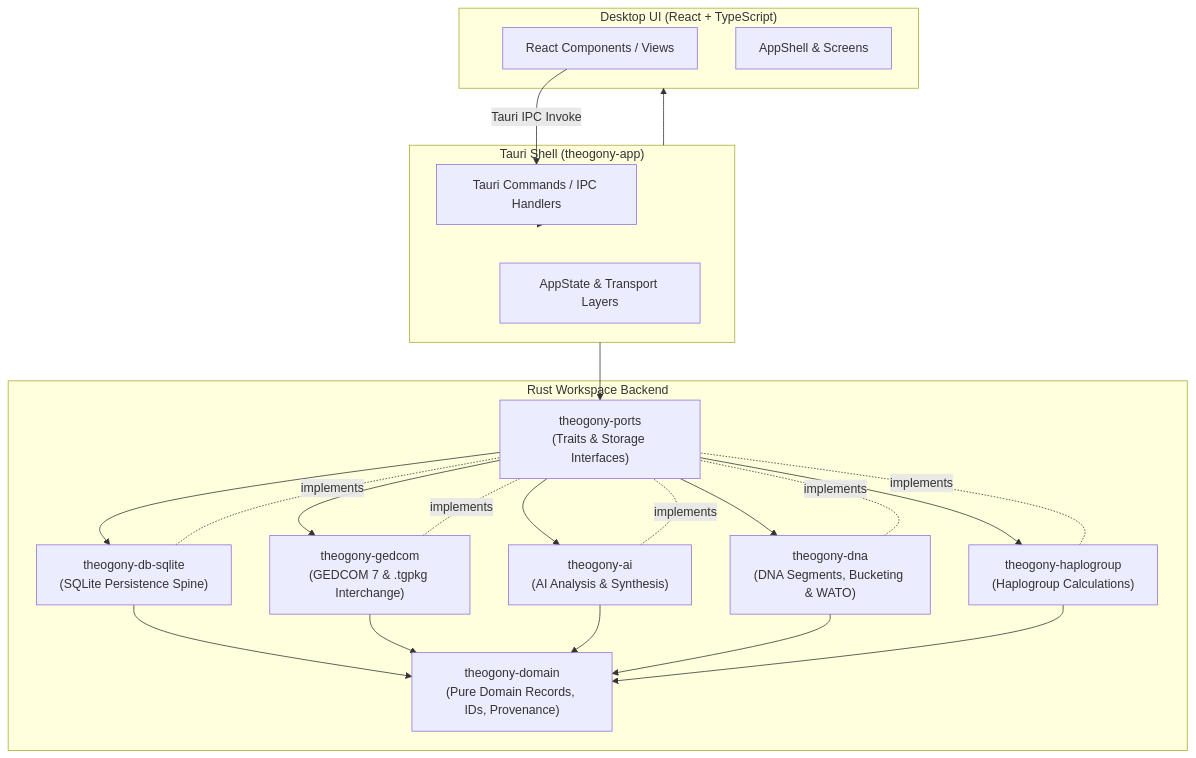
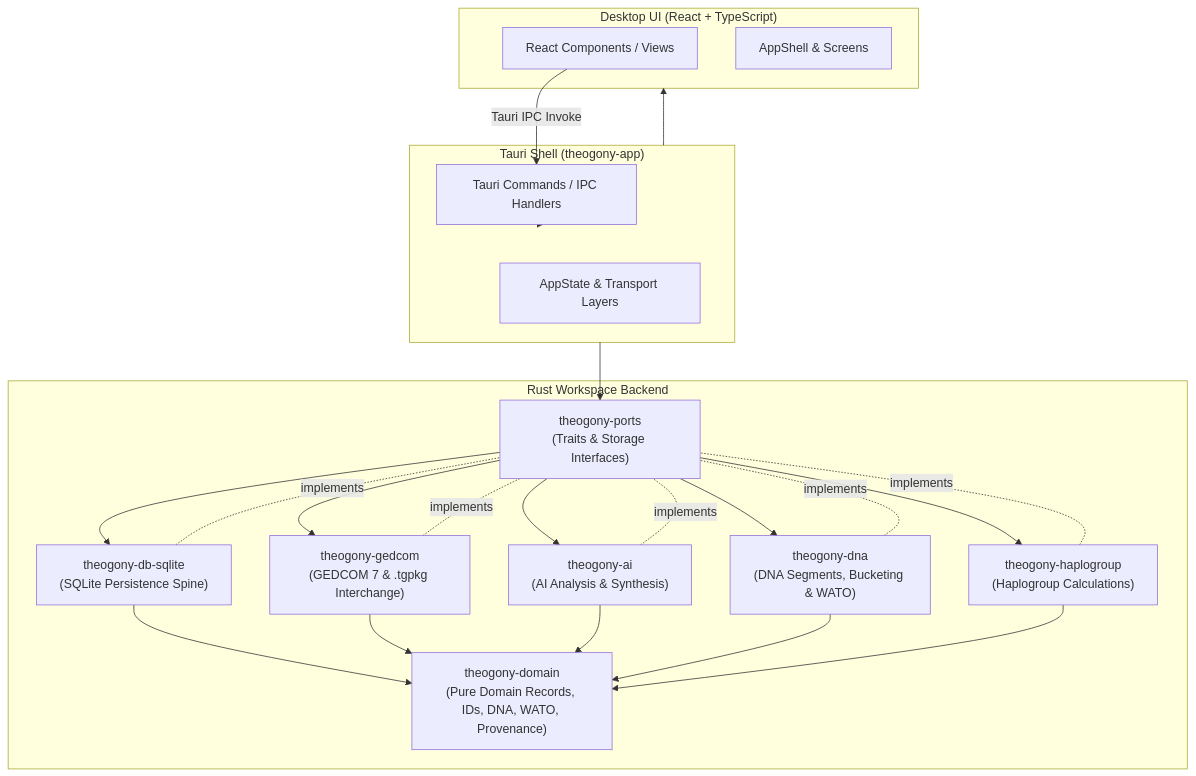
Before and after one commit to alerum68/Theogony: the diagram in openwiki/architecture/system-overview.md, drawn with Mermaid. The commit also changed other lines of this file and 16 other files, not shown here.

````diff
--- a/openwiki/architecture/system-overview.md
+++ b/openwiki/architecture/system-overview.md
@@ -35,42 +35,42 @@
 ```mermaid
 graph TD
     subgraph UI ["Desktop UI (React + TypeScript)"]
         React[React Components / Views]
         AppShell[AppShell & Screens]
     end
 
     subgraph Tauri ["Tauri Shell (theogony-app)"]
         Commands[Tauri Commands / IPC Handlers]
         State[AppState & Transport Layers]
     end
 
     subgraph Backend ["Rust Workspace Backend"]
         Ports["theogony-ports\n(Traits & Storage Interfaces)"]
-        Domain["theogony-domain\n(Pure Domain Records, IDs, Provenance)"]
+        Domain["theogony-domain\n(Pure Domain Records, IDs, DNA, WATO, Provenance)"]
         DB["theogony-db-sqlite\n(SQLite Persistence Spine)"]
         Gedcom["theogony-gedcom\n(GEDCOM 7 & .tgpkg Interchange)"]
         AI["theogony-ai\n(AI Analysis & Synthesis)"]
         DNA["theogony-dna\n(DNA Segments, Bucketing & WATO)"]
         Haplogroup["theogony-haplogroup\n(Haplogroup Calculations)"]
     end
 
     React -->|Tauri IPC Invoke| Commands
     Commands --> Tauri
     Tauri --> Ports
     Ports --> DB
     Ports --> Gedcom
     Ports --> AI
     Ports --> DNA
     Ports --> Haplogroup
     DB -. implements .- Ports
     Gedcom -. implements .- Ports
     AI -. implements .- Ports
     DNA -. implements .- Ports
     Haplogroup -. implements .- Ports
     DB --> Domain
     Gedcom --> Domain
     AI --> Domain
     DNA --> Domain
     Haplogroup --> Domain
     Tauri --> UI
 ```
````
